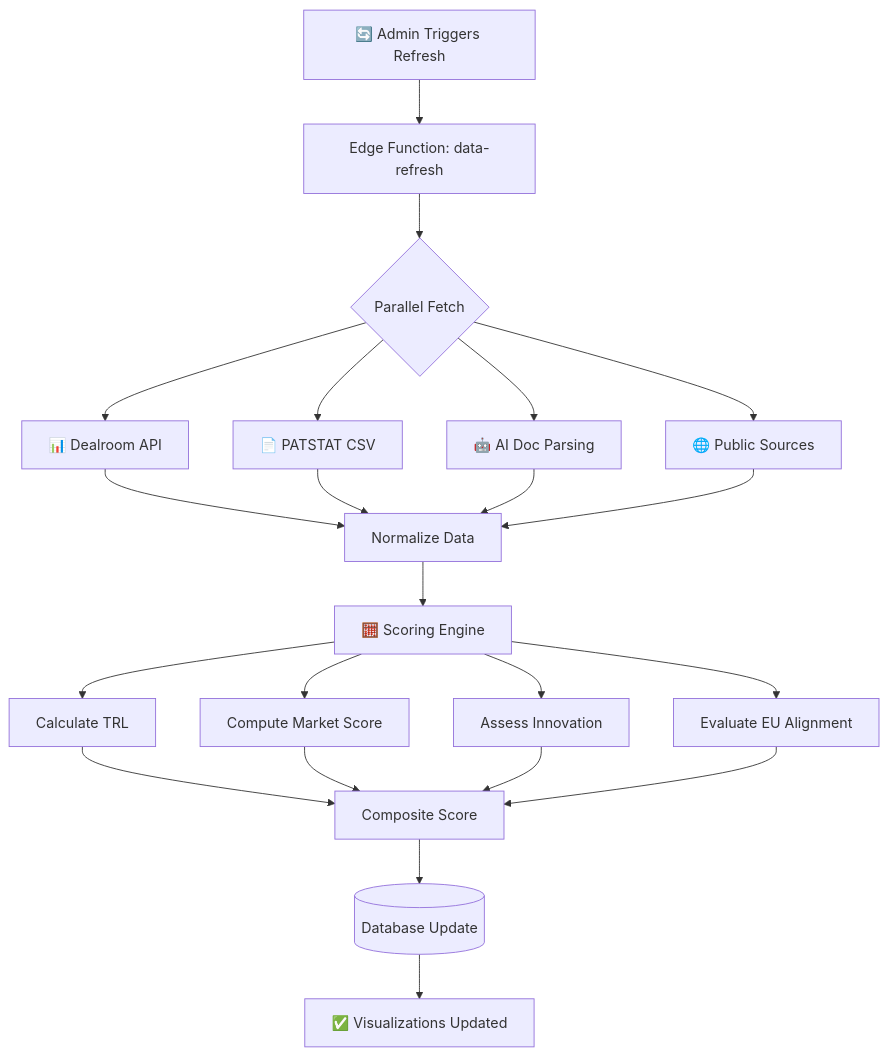
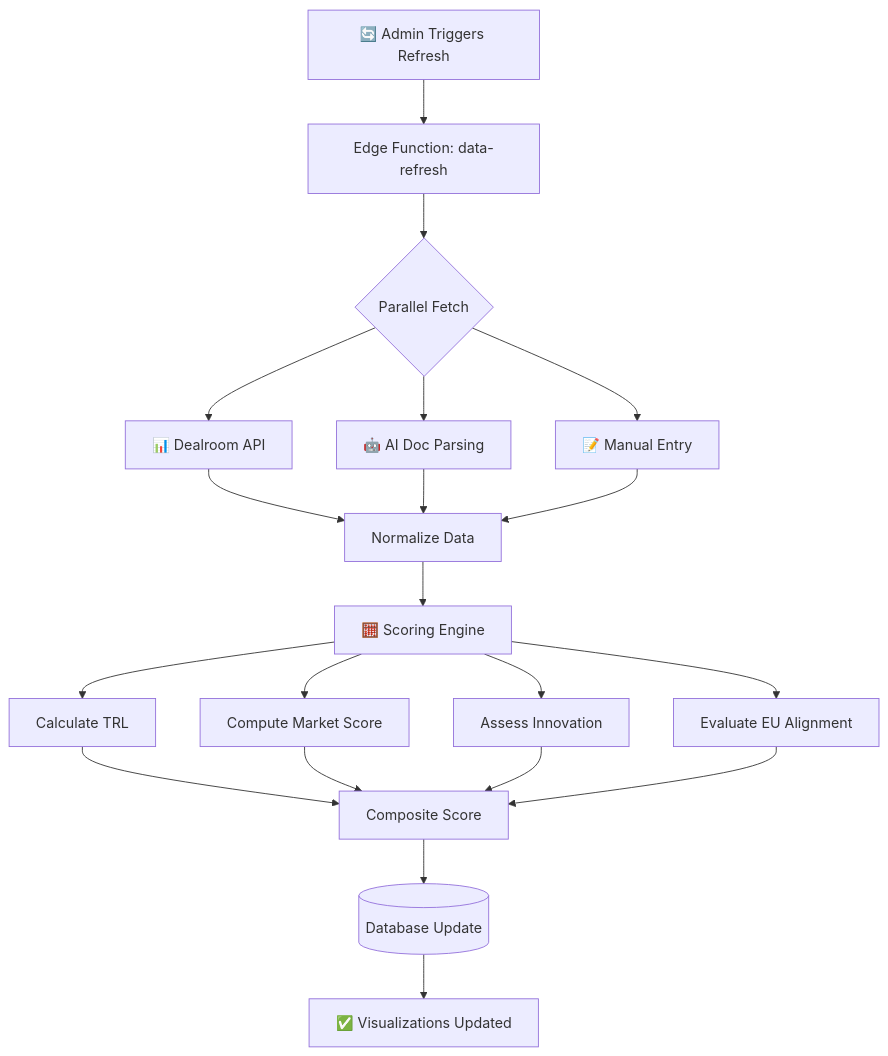
The first of 6 diagrams in docs/visuals/data-flow-diagrams.md (ivanapesic-ai/intelpulse), drawn with Mermaid before and after one commit. The commit also changed other lines of this file and 5 other files, not shown here.

````diff
--- a/docs/visuals/data-flow-diagrams.md
+++ b/docs/visuals/data-flow-diagrams.md
@@ -8,32 +8,30 @@
 ```mermaid
 flowchart TD
     A[🔄 Admin Triggers Refresh] --> B[Edge Function: data-refresh]
     
     B --> C{Parallel Fetch}
     
     C --> D[📊 Dealroom API]
-    C --> E[📄 PATSTAT CSV]
     C --> F[🤖 AI Doc Parsing]
-    C --> G[🌐 Public Sources]
+    C --> G[📝 Manual Entry]
     
     D --> H[Normalize Data]
-    E --> H
     F --> H
     G --> H
     
     H --> I[🧮 Scoring Engine]
     
     I --> J[Calculate TRL]
     I --> K[Compute Market Score]
     I --> L[Assess Innovation]
     I --> M[Evaluate EU Alignment]
     
     J --> N[Composite Score]
     K --> N
     L --> N
     M --> N
     
     N --> O[(Database Update)]
     
     O --> P[✅ Visualizations Updated]
 ```
````
